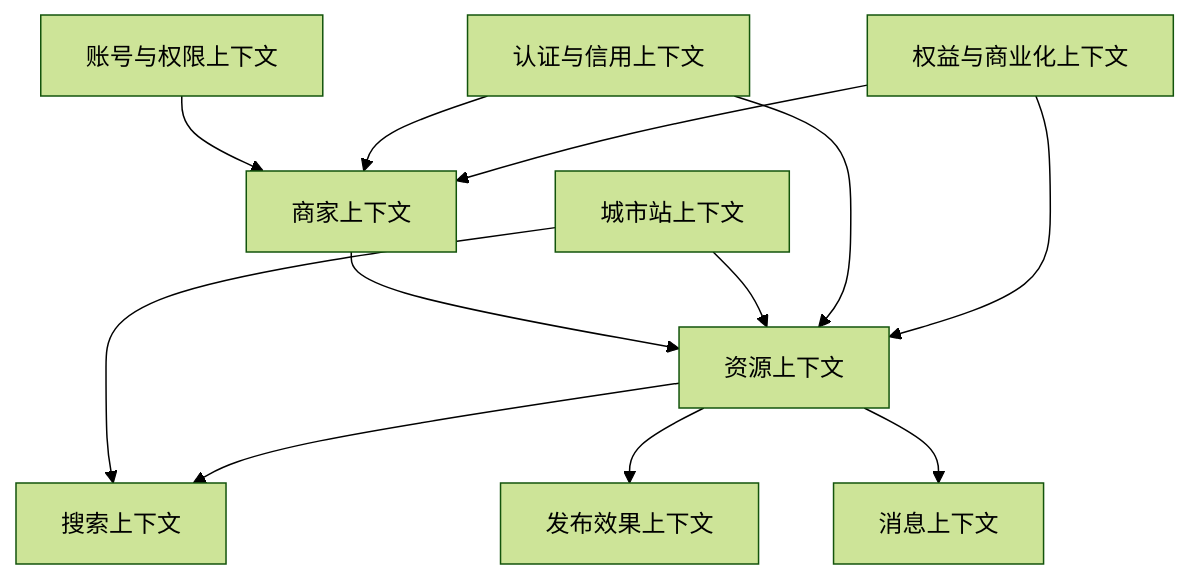
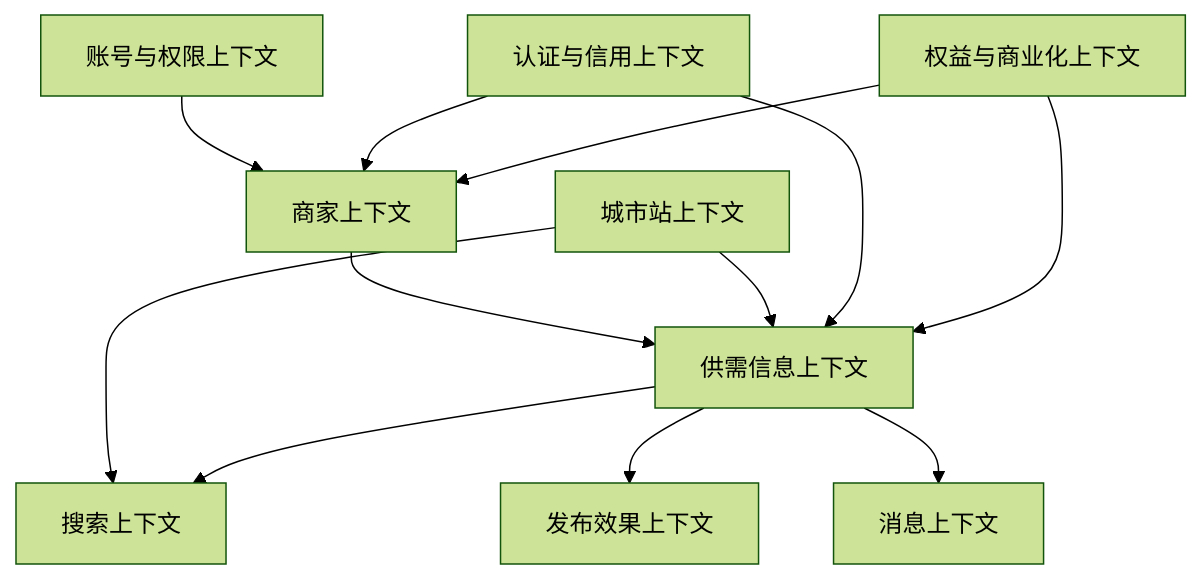
Before and after one commit to tourdt/wplink: the diagram in docs/product/domain-model-ddd.md, drawn with Mermaid (forest theme). The commit also changed other lines of this file and 54 other files, not shown here.

````diff
--- a/docs/product/domain-model-ddd.md
+++ b/docs/product/domain-model-ddd.md
@@ -221,14 +221,14 @@
 ```mermaid
 flowchart TD
   Account["账号与权限上下文"] --> Merchant["商家上下文"]
-  Merchant --> Resource["资源上下文"]
+  Merchant --> Resource["供需信息上下文"]
   City["城市站上下文"] --> Resource
   City --> Search["搜索上下文"]
   Resource --> Search
   Resource --> Metrics["发布效果上下文"]
   Resource --> Message["消息上下文"]
   Verification["认证与信用上下文"] --> Merchant
   Verification --> Resource
   Entitlement["权益与商业化上下文"] --> Resource
   Entitlement --> Merchant
 ```
````
